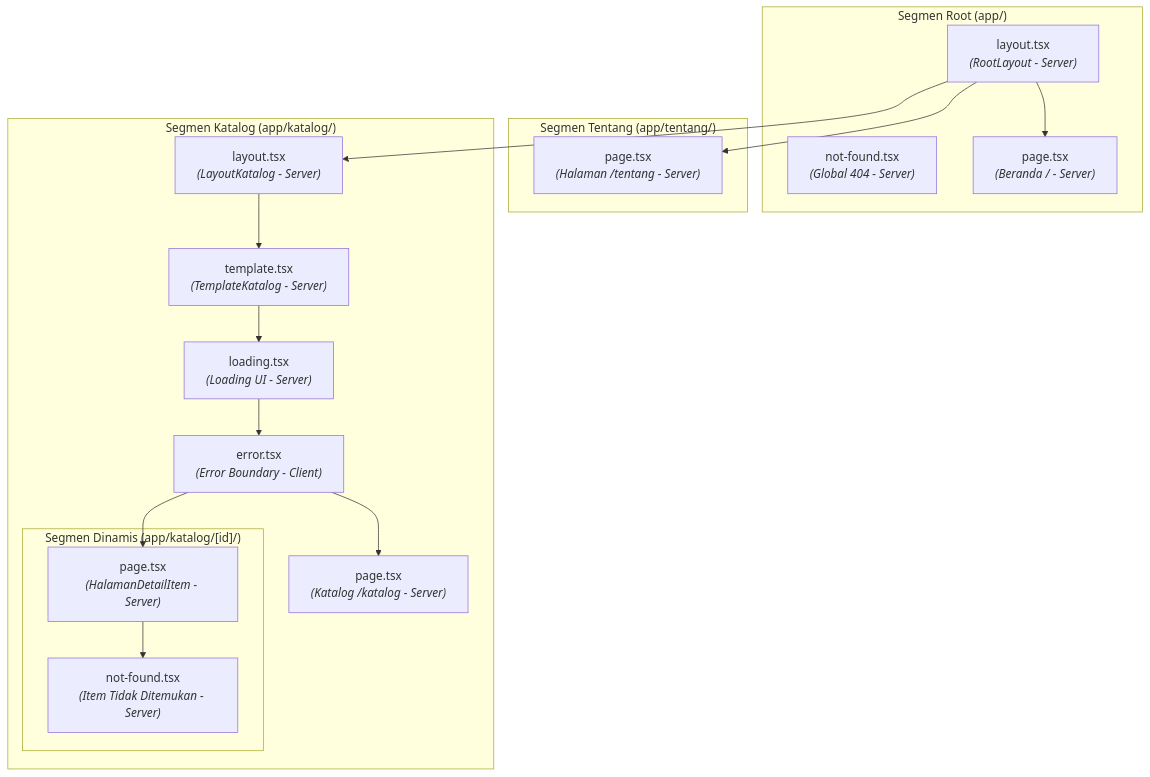
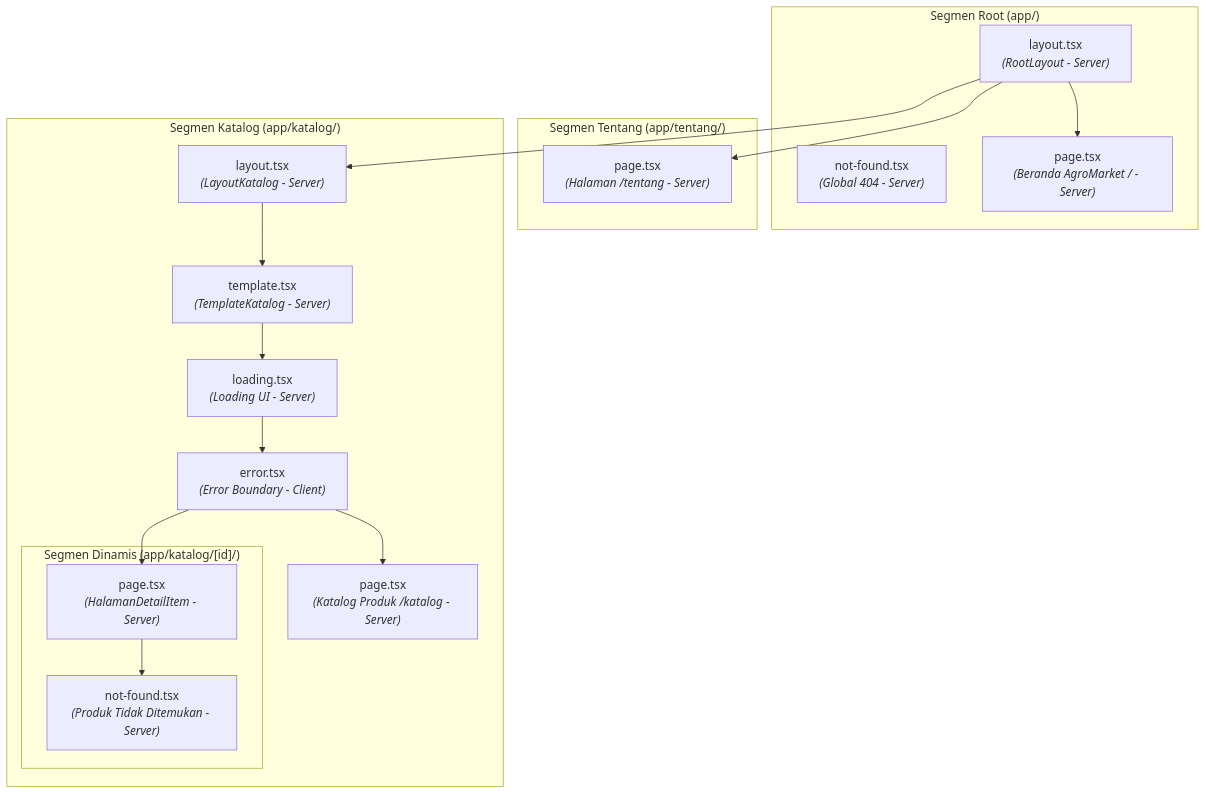
The diagram in docs/praktikum/modul-04.md (Elisabethngl/105224037_PraktikumPemWeb), drawn with Mermaid before and after one commit. The commit also changed other lines of this file and 5 other files, not shown here.

Commit message:
docs: sesuaikan dokumen teknis modul 4 dengan produk AgroMarket

````diff
--- a/docs/praktikum/modul-04.md
+++ b/docs/praktikum/modul-04.md
@@ -101,35 +101,35 @@
 ```mermaid
 flowchart TD
     subgraph RootSeg ["Segmen Root (app/)"]
         RL["layout.tsx<br/><i>(RootLayout - Server)</i>"]
         RNF["not-found.tsx<br/><i>(Global 404 - Server)</i>"]
-        RP["page.tsx<br/><i>(Beranda / - Server)</i>"]
+        RP["page.tsx<br/><i>(Beranda AgroMarket / - Server)</i>"]
     end
 
     subgraph TentangSeg ["Segmen Tentang (app/tentang/)"]
         TP["page.tsx<br/><i>(Halaman /tentang - Server)</i>"]
     end
 
     subgraph KatalogSeg ["Segmen Katalog (app/katalog/)"]
         KL["layout.tsx<br/><i>(LayoutKatalog - Server)</i>"]
         KT["template.tsx<br/><i>(TemplateKatalog - Server)</i>"]
         KLD["loading.tsx<br/><i>(Loading UI - Server)</i>"]
         KE["error.tsx<br/><i>(Error Boundary - Client)</i>"]
-        KP["page.tsx<br/><i>(Katalog /katalog - Server)</i>"]
+        KP["page.tsx<br/><i>(Katalog Produk /katalog - Server)</i>"]
         
         subgraph DetailSeg ["Segmen Dinamis (app/katalog/[id]/)"]
             DP["page.tsx<br/><i>(HalamanDetailItem - Server)</i>"]
-            DNF["not-found.tsx<br/><i>(Item Tidak Ditemukan - Server)</i>"]
+            DNF["not-found.tsx<br/><i>(Produk Tidak Ditemukan - Server)</i>"]
         end
     end
 
     RL --> RP
     RL --> TP
     RL --> KL
     KL --> KT
     KT --> KLD
     KLD --> KE
     KE --> KP
     KE --> DP
     DP --> DNF
 ```
````
